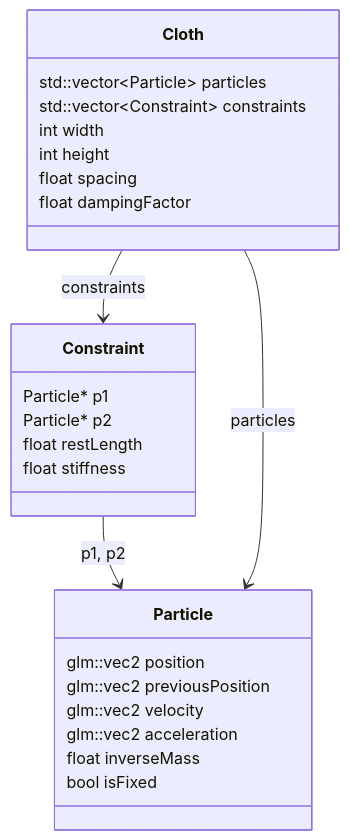
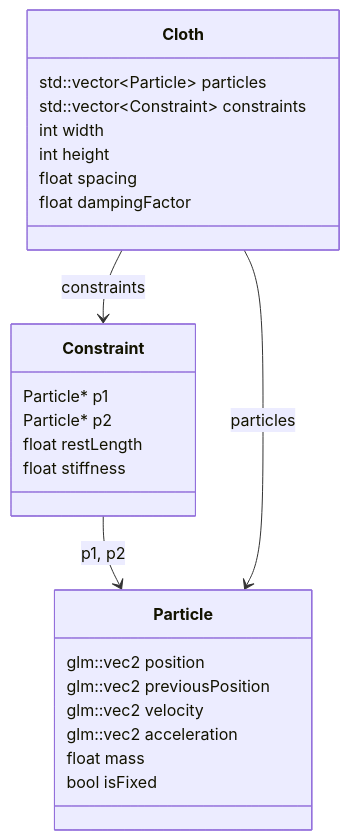
Before and after one commit to mandelcohen/ClothSimCmake: the first of 2 diagrams in README.md, drawn with Mermaid. The commit also changed 7 other files, not shown here.

````diff
--- a/README.md
+++ b/README.md
@@ -29,31 +29,31 @@
 ```mermaid
 classDiagram
     class Particle {
         glm::vec2 position
         glm::vec2 previousPosition
         glm::vec2 velocity
         glm::vec2 acceleration
-        float inverseMass
+        float mass
         bool isFixed
     }
 
     class Constraint {
         Particle* p1
         Particle* p2
         float restLength
         float stiffness
     }
 
     class Cloth {
         std::vector~Particle~ particles
         std::vector~Constraint~ constraints
         int width
         int height
         float spacing
         float dampingFactor
     }
 
     Constraint --> Particle : p1, p2
     Cloth --> Particle : particles
     Cloth --> Constraint : constraints
 ```
````
